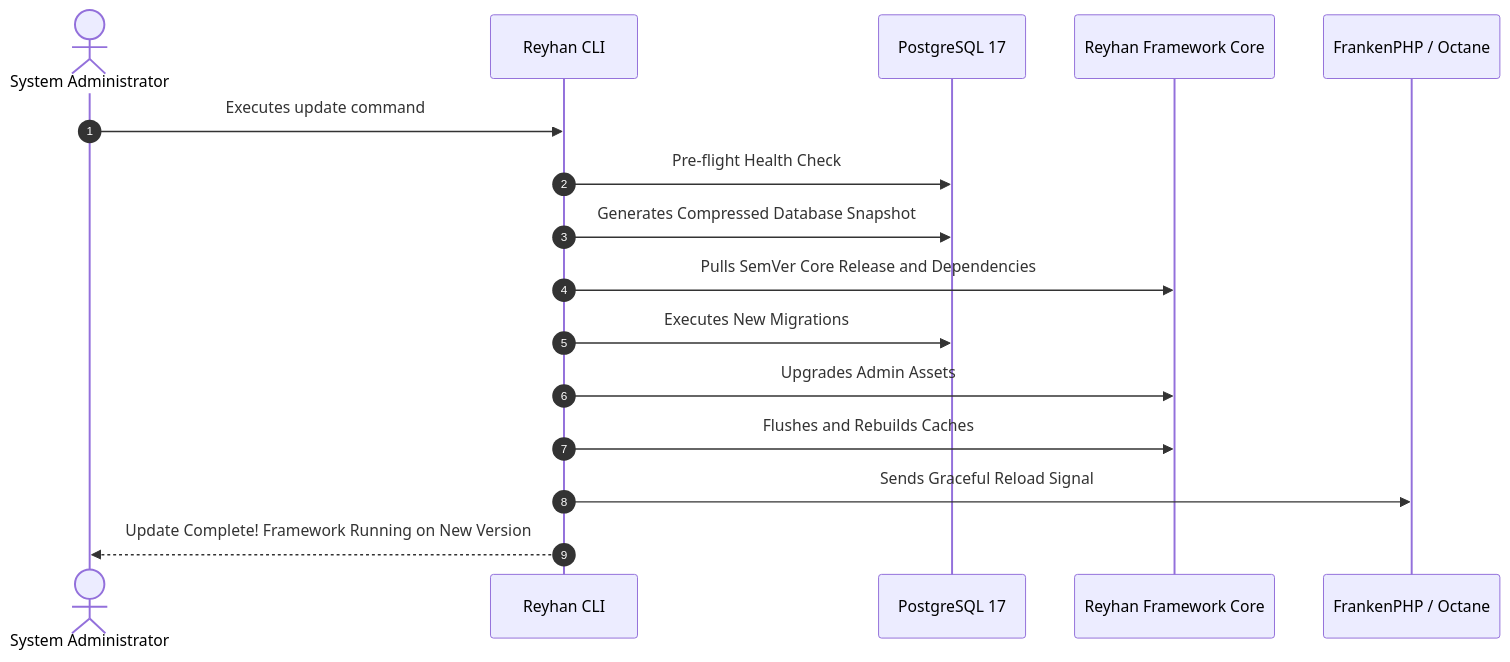
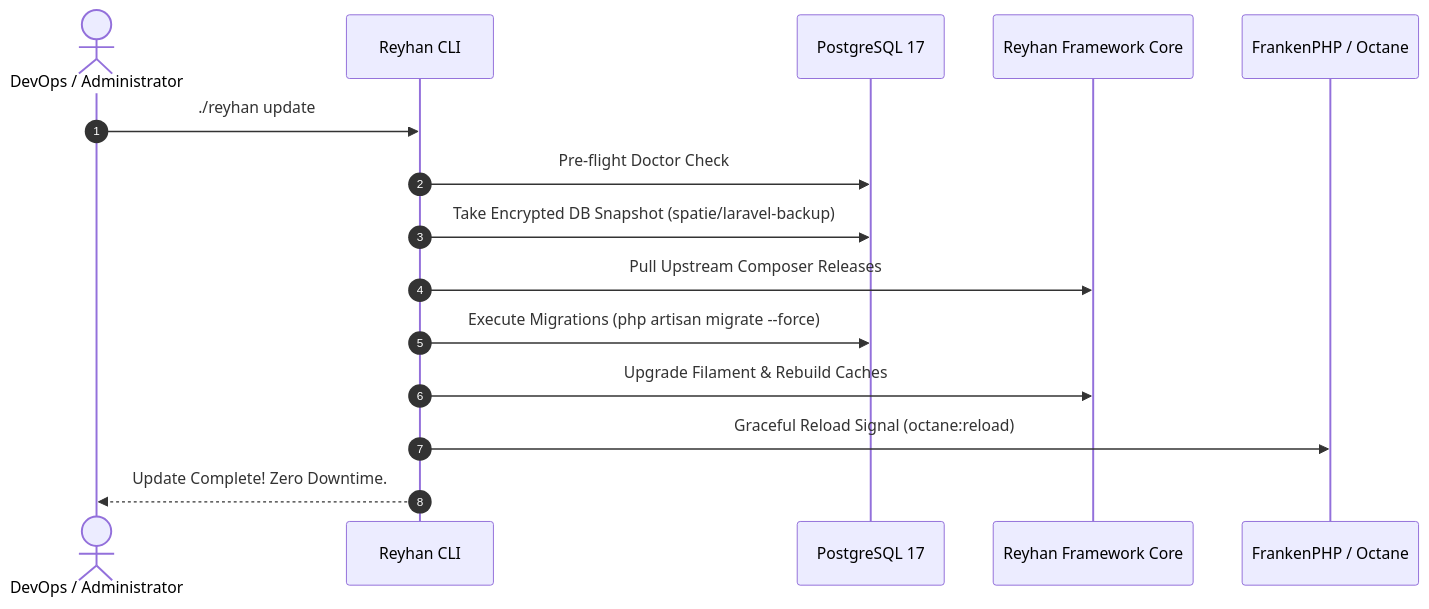
One commit to reyhan-commerce/docs changed the diagram in v1/cli/safe-updates.md. Above: the diagram before and after it, drawn with Mermaid. The commit also changed other lines of this file and 29 other files, not shown here.

````diff
--- a/v1/cli/safe-updates.md
+++ b/v1/cli/safe-updates.md
@@ -9,19 +21,18 @@
 ```mermaid
 sequenceDiagram
     autonumber
-    actor Admin as System Administrator
+    actor Admin as DevOps / Administrator
     participant CLI as Reyhan CLI
     participant DB as PostgreSQL 17
     participant Core as Reyhan Framework Core
     participant Octane as FrankenPHP / Octane
 
-    Admin->>CLI: Executes update command
-    CLI->>DB: Pre-flight Health Check
-    CLI->>DB: Generates Compressed Database Snapshot
-    CLI->>Core: Pulls SemVer Core Release and Dependencies
-    CLI->>DB: Executes New Migrations
-    CLI->>Core: Upgrades Admin Assets
-    CLI->>Core: Flushes and Rebuilds Caches
-    CLI->>Octane: Sends Graceful Reload Signal
-    CLI-->>Admin: Update Complete! Framework Running on New Version
+    Admin->>CLI: ./reyhan update
+    CLI->>DB: Pre-flight Doctor Check
+    CLI->>DB: Take Encrypted DB Snapshot (spatie/laravel-backup)
+    CLI->>Core: Pull Upstream Composer Releases
+    CLI->>DB: Execute Migrations (php artisan migrate --force)
+    CLI->>Core: Upgrade Filament & Rebuild Caches
+    CLI->>Octane: Graceful Reload Signal (octane:reload)
+    CLI-->>Admin: Update Complete! Zero Downtime.
 ```
````
